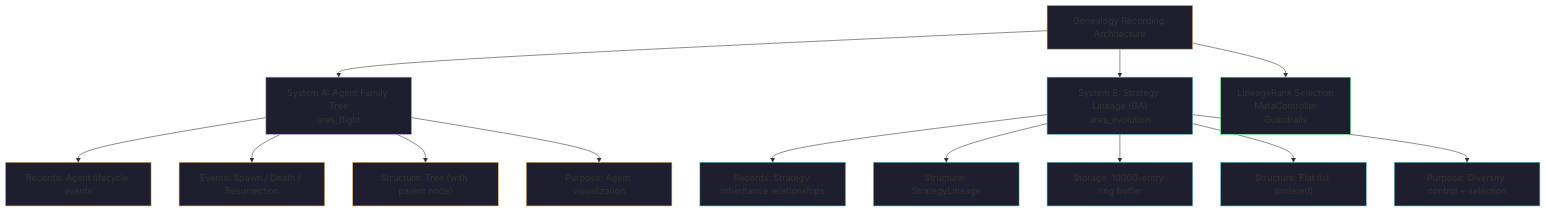
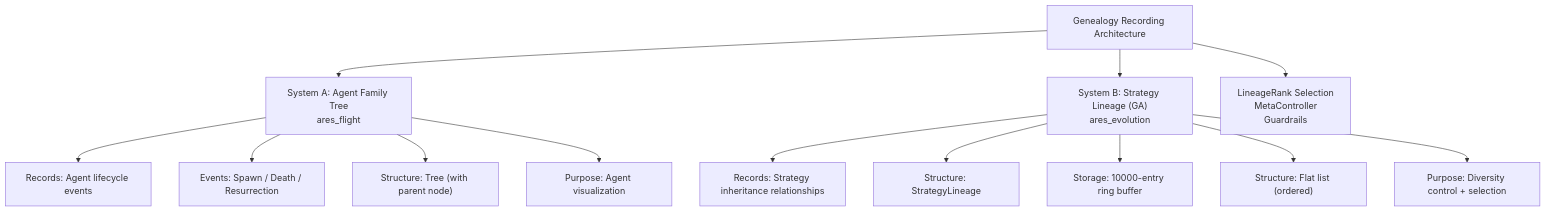
One commit to Timwood0x10/myblog changed the first of 2 diagrams in content/log/ARES/24.5-ga-genealogy.md. Above: the diagram before and after it, drawn with Mermaid. The commit also changed other lines of this file and 11 other files, not shown here.

Commit message:
refactor(theme): unify Mermaid chart theme styles

````diff
--- a/content/log/ARES/24.5-ga-genealogy.md
+++ b/content/log/ARES/24.5-ga-genealogy.md
@@ -21,31 +21,18 @@
 ```mermaid
 flowchart TD
     A["Genealogy Recording Architecture"] --> B["System A: Agent Family Tree\nares_flight"]
     A --> C["System B: Strategy Lineage (GA)\nares_evolution"]
     A --> D["LineageRank Selection\nMetaController\nGuardrails"]
 
     B --> B1["Records: Agent lifecycle events"]
     B --> B2["Events: Spawn / Death / Resurrection"]
     B --> B3["Structure: Tree (with parent node)"]
     B --> B4["Purpose: Agent visualization"]
 
     C --> C1["Records: Strategy inheritance relationships"]
     C --> C2["Structure: StrategyLineage"]
     C --> C3["Storage: 10000-entry ring buffer"]
     C --> C4["Structure: Flat list (ordered)"]
     C --> C5["Purpose: Diversity control + selection"]
 
-    style A fill:#1e1e2e,stroke:#e0af68
-    style B fill:#1e1e2e,stroke:#bd93f9
-    style C fill:#1e1e2e,stroke:#56b6c2
-    style D fill:#1e1e2e,stroke:#50fa7b
-    style B1 fill:#1e1e2e,stroke:#e0af68
-    style B2 fill:#1e1e2e,stroke:#e0af68
-    style B3 fill:#1e1e2e,stroke:#e0af68
-    style B4 fill:#1e1e2e,stroke:#e0af68
-    style C1 fill:#1e1e2e,stroke:#56b6c2
-    style C2 fill:#1e1e2e,stroke:#56b6c2
-    style C3 fill:#1e1e2e,stroke:#56b6c2
-    style C4 fill:#1e1e2e,stroke:#56b6c2
-    style C5 fill:#1e1e2e,stroke:#56b6c2
 ```
````
